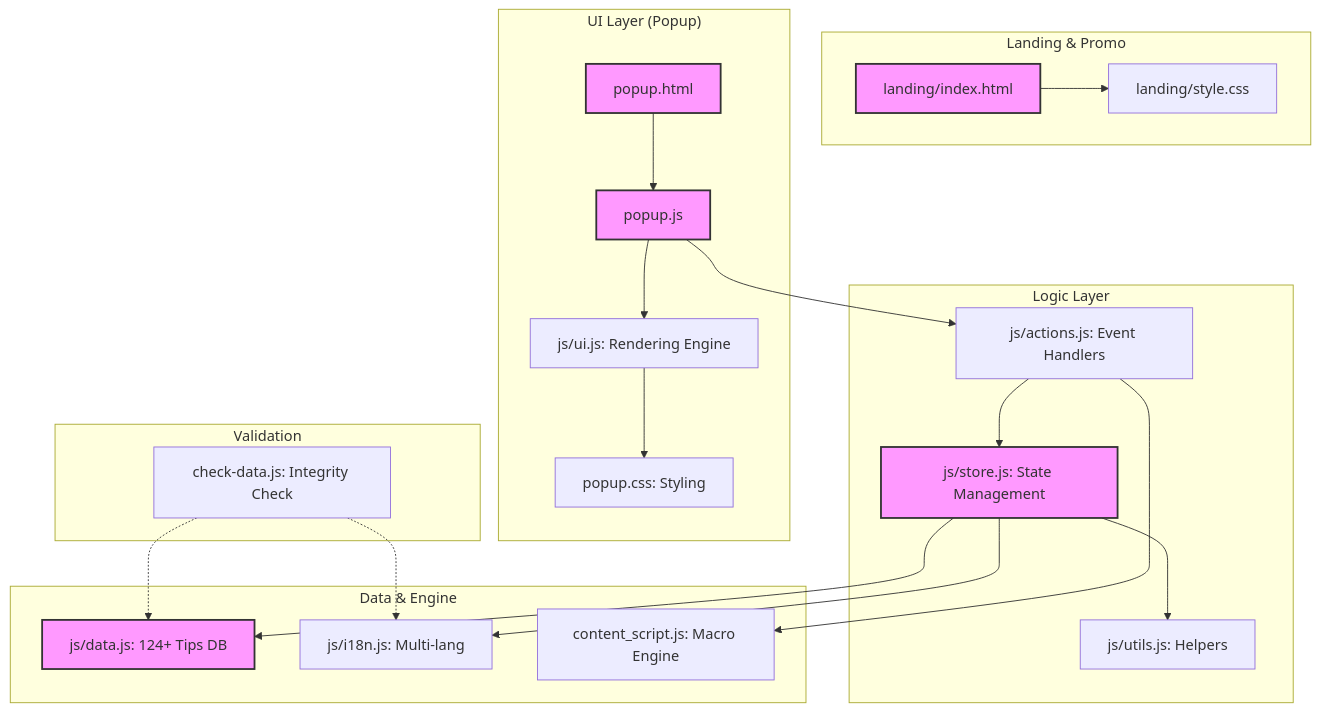
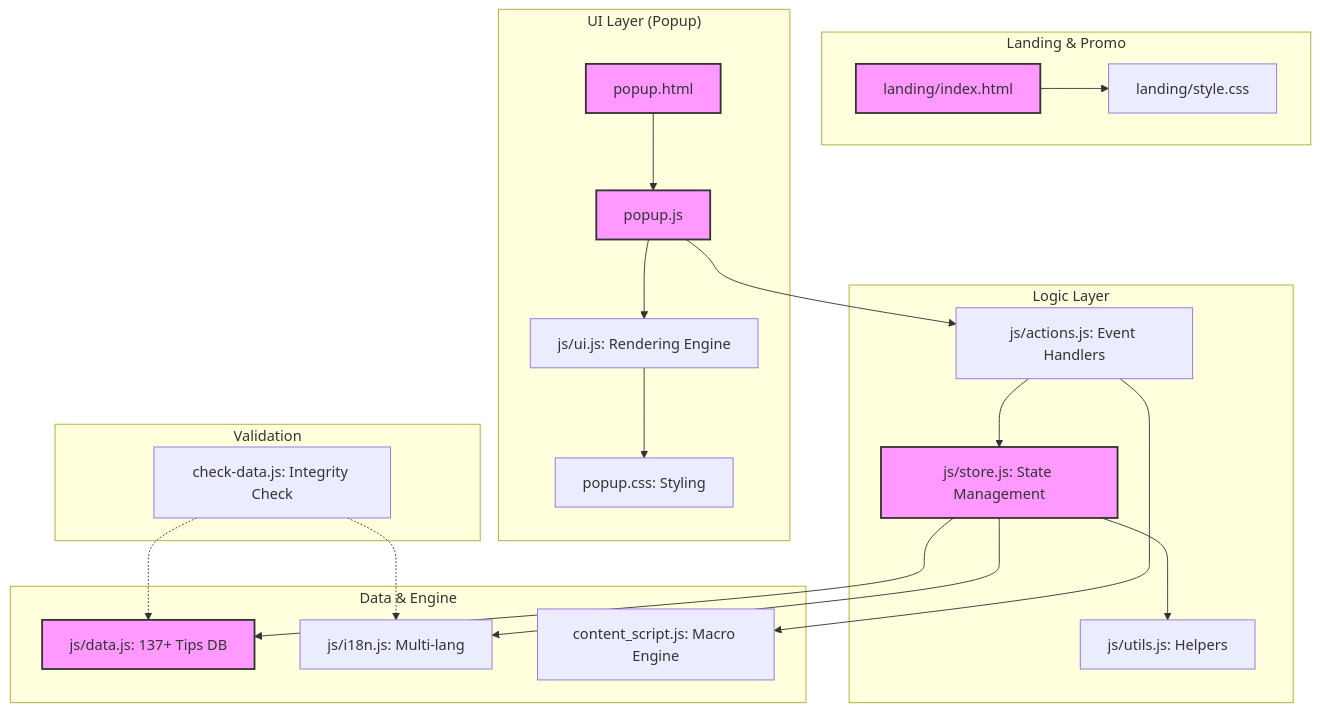
Before and after one commit to baekjunha/my-chrome-guide: the diagram in PROJECT_GUIDE.md, drawn with Mermaid. The commit also changed other lines of this file and 8 other files, not shown here.

````diff
--- a/PROJECT_GUIDE.md
+++ b/PROJECT_GUIDE.md
@@ -11,32 +11,32 @@
 ```mermaid
 graph TD
     subgraph "Landing & Promo"
         LP[landing/index.html] --> LC[landing/style.css]
     end
 
     subgraph "UI Layer (Popup)"
         P[popup.html] --> JS[popup.js]
         JS --> UI[js/ui.js: Rendering Engine]
         UI --> CSS[popup.css: Styling]
     end
 
     subgraph "Logic Layer"
         JS --> ACT[js/actions.js: Event Handlers]
         ACT --> STORE[js/store.js: State Management]
         STORE --> UTIL[js/utils.js: Helpers]
     end
 
     subgraph "Data & Engine"
-        STORE --> DATA[js/data.js: 124+ Tips DB]
+        STORE --> DATA[js/data.js: 137+ Tips DB]
         STORE --> I18N[js/i18n.js: Multi-lang]
         ACT --> CS[content_script.js: Macro Engine]
     end
 
     subgraph "Validation"
         CHK[check-data.js: Integrity Check] -.-> DATA
         CHK -.-> I18N
     end
 
     classDef primary fill:#f9f,stroke:#333,stroke-width:2px;
     class P,JS,STORE,DATA,LP primary;
 ```
````
